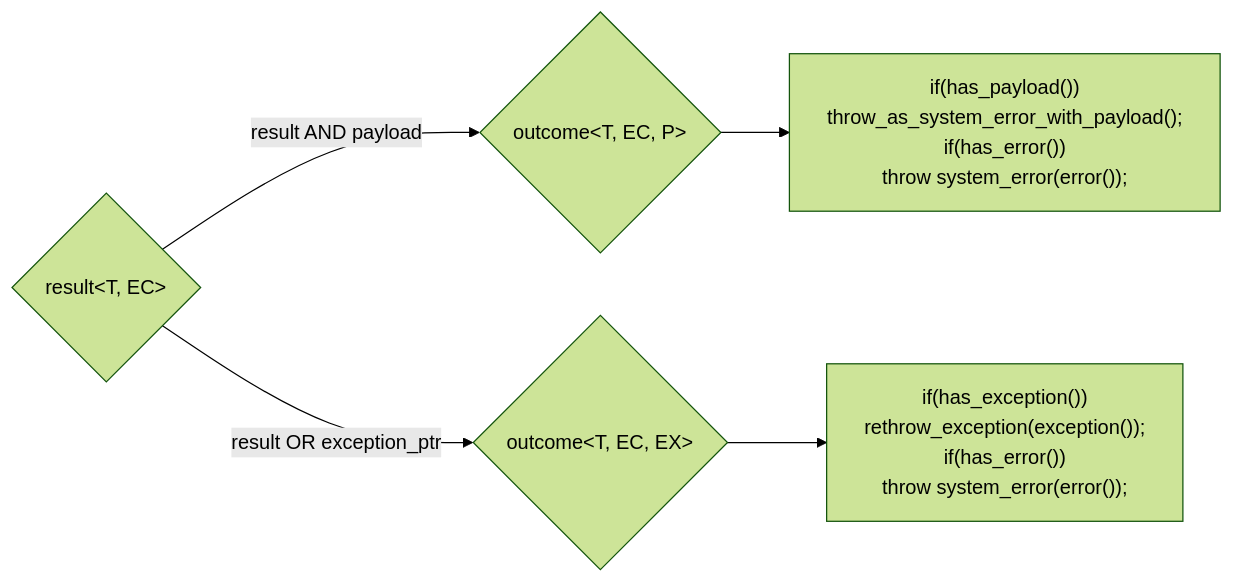
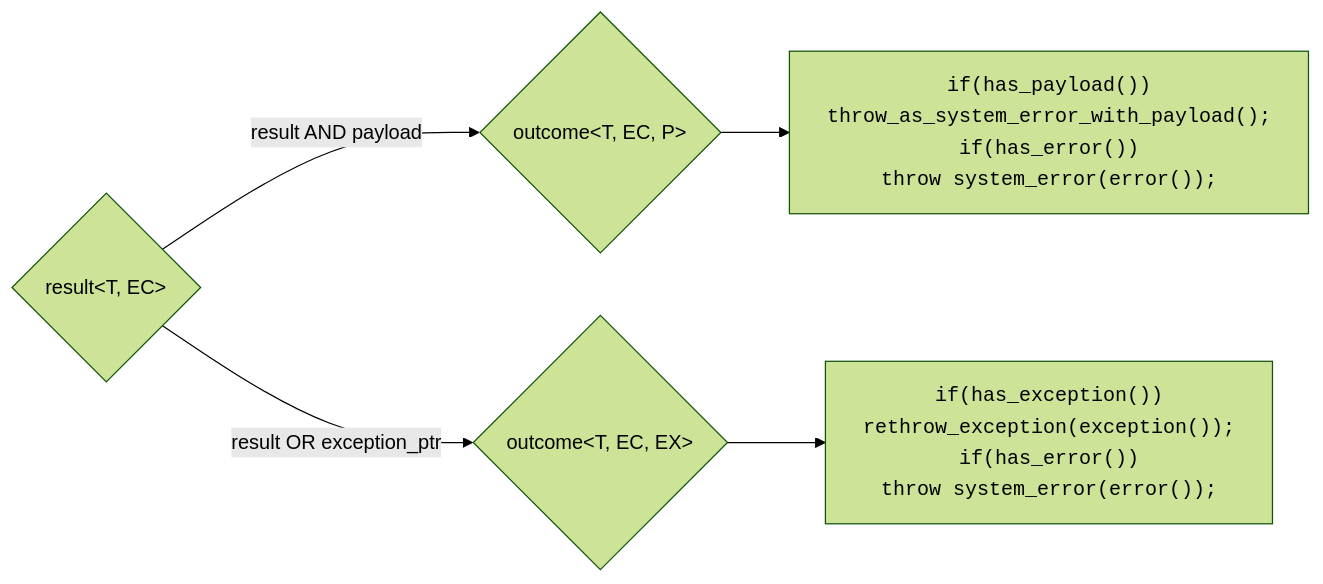
Before and after one commit to ned14/outcome: the diagram in doc/src/content/tutorial/outcome/payload/_index.md, drawn with Mermaid (forest theme). The commit also changed other lines of this file, not shown here.

Commit message:
Fixed up the font on the Outcome with payload landing page

```diff
--- a/doc/src/content/tutorial/outcome/payload/_index.md
+++ b/doc/src/content/tutorial/outcome/payload/_index.md
@@ -18,7 +18,7 @@
 {{<mermaid>}}
 graph LR
     RESULT{"result#lt;T, EC#gt;"} --"result AND payload"--> OUTCOME1{"outcome#lt;T, EC, P#gt;"}
     RESULT --"result OR exception_ptr"--> OUTCOME2{"outcome#lt;T, EC, EX#gt;"}
-    OUTCOME1 --> OUTCOME1a["if(has_payload())<br/>throw_as_system_error_with_payload();<br/>if(has_error())<br/>throw system_error(error());<br/>"]
-    OUTCOME2 --> OUTCOME2a["if(has_exception())<br/>rethrow_exception(exception());<br/>if(has_error())<br/>throw system_error(error());<br/>"]
+    OUTCOME1 --> OUTCOME1a["<tt>if(has_payload())<br/>throw_as_system_error_with_payload();<br/>if(has_error())<br/>throw system_error(error());<br/></tt>"]
+    OUTCOME2 --> OUTCOME2a["<tt>if(has_exception())<br/>rethrow_exception(exception());<br/>if(has_error())<br/>throw system_error(error());<br/></tt>"]
 {{</mermaid>}}
```
